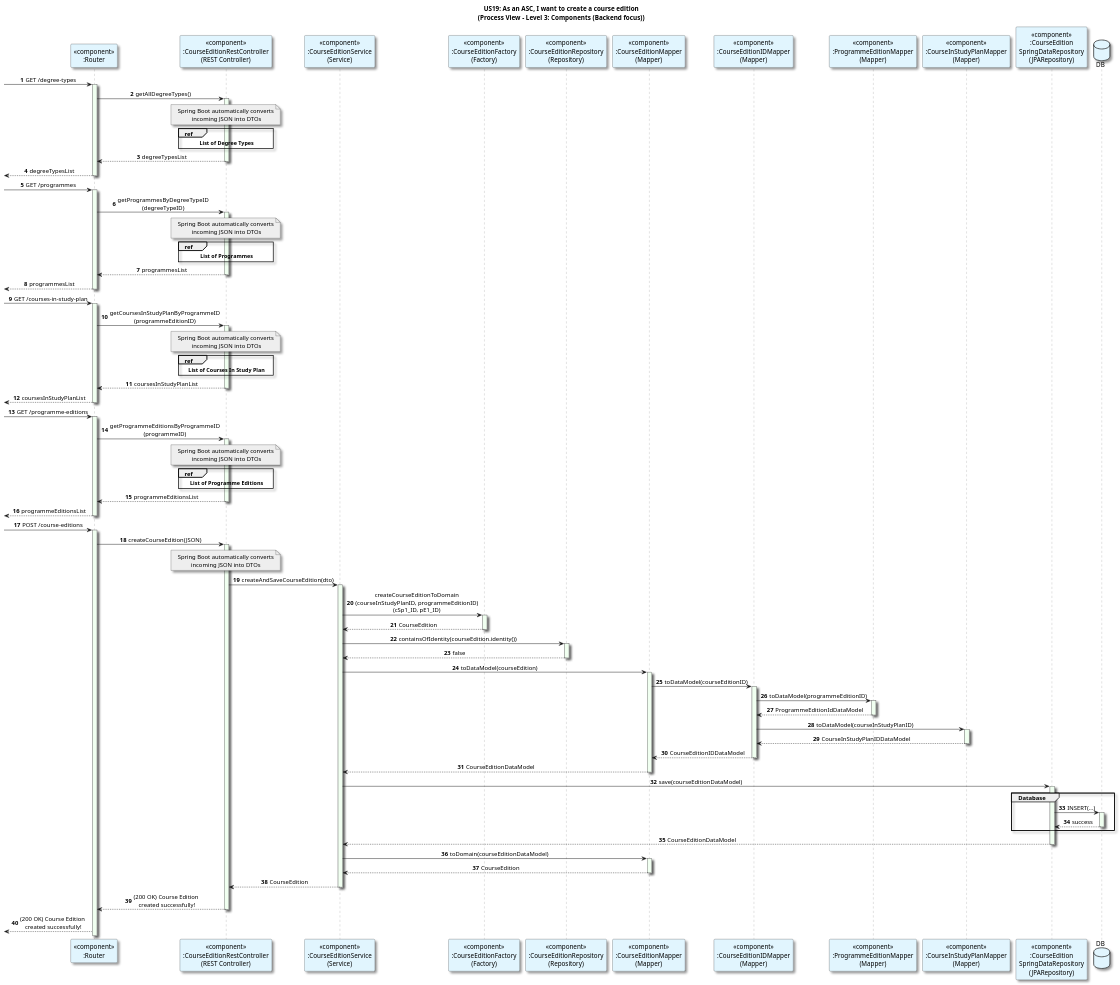
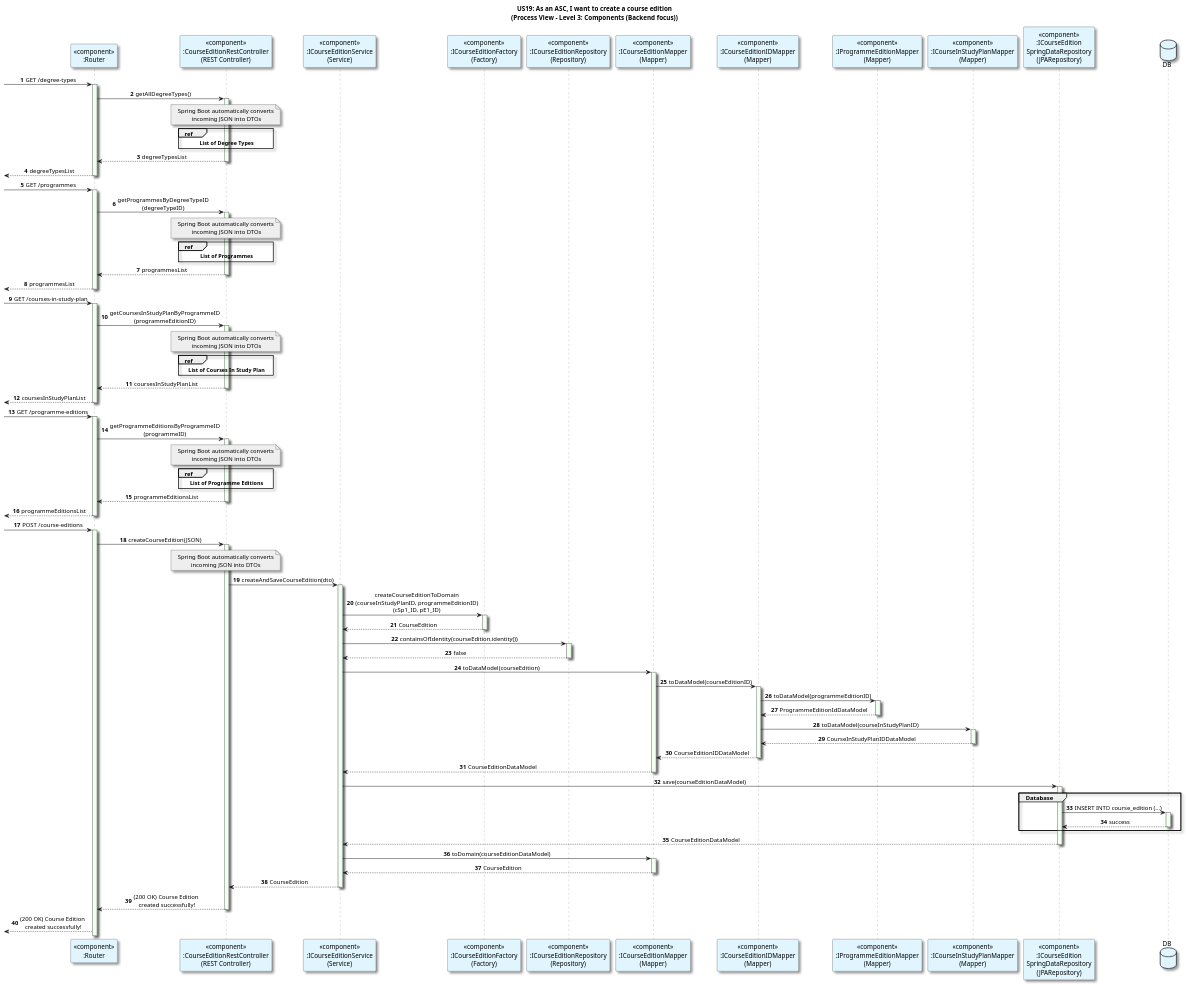
One commit to GasparISEP/DevOps-PAI changed the diagram in docs/US19/Sprint6_RestAPI/ProcessView/CreateCourseEdition_Level3_Backend.puml. Above: the diagram before and after it, drawn with PlantUML. The commit also changed 1 other file, not shown here.

Commit message:
[docs]: Refine level 3 process view diagram for createCourseEdition — use interfaces and improve DB messages (Refs: #536, #549)

```diff
--- a/docs/US19/Sprint6_RestAPI/ProcessView/CreateCourseEdition_Level3_Backend.puml
+++ b/docs/US19/Sprint6_RestAPI/ProcessView/CreateCourseEdition_Level3_Backend.puml
@@ -1,169 +1,169 @@
 @startuml
 title: US19: As an ASC, I want to create a course edition\n(Process View - Level 3: Components (Backend focus))
 autonumber
 
 skinparam {
   ActivityPadding 2
   ActivityMargin 2
   BoxPadding 2
 }
 skinparam sequence {
     LifeLineBorderColor Grey
     LifeLineBackgroundColor HoneyDew
 }
 skinparam defaultTextAlignment center
 skinparam shadowing true
 
 participant "<<component>>\n:Router" as router #E1F5FE
 
 participant "<<component>>\n:CourseEditionRestController\n(REST Controller)" as Controller #E1F5FE
-participant "<<component>>\n:CourseEditionService\n(Service)" as Service #E1F5FE
-participant "<<component>>\n:CourseEditionFactory\n(Factory)" as CourseEditionFactory #E1F5FE
-participant "<<component>>\n:CourseEditionRepository\n(Repository)" as Repository #E1F5FE
-participant "<<component>>\n:CourseEditionMapper\n(Mapper)" as Mapper #E1F5FE
-participant "<<component>>\n:CourseEditionIDMapper\n(Mapper)" as IDMapper #E1F5FE
-participant "<<component>>\n:ProgrammeEditionMapper\n(Mapper)" as PEMapper #E1F5FE
-participant "<<component>>\n:CourseInStudyPlanMapper\n(Mapper)" as CSPMapper #E1F5FE
-participant "<<component>>\n:CourseEdition\nSpringDataRepository\n(JPARepository)" as SpringData #E1F5FE
+participant "<<component>>\n:ICourseEditionService\n(Service)" as Service #E1F5FE
+participant "<<component>>\n:ICourseEditionFactory\n(Factory)" as CourseEditionFactory #E1F5FE
+participant "<<component>>\n:ICourseEditionRepository\n(Repository)" as Repository #E1F5FE
+participant "<<component>>\n:ICourseEditionMapper\n(Mapper)" as Mapper #E1F5FE
+participant "<<component>>\n:ICourseEditionIDMapper\n(Mapper)" as IDMapper #E1F5FE
+participant "<<component>>\n:IProgrammeEditionMapper\n(Mapper)" as PEMapper #E1F5FE
+participant "<<component>>\n:ICourseInStudyPlanMapper\n(Mapper)" as CSPMapper #E1F5FE
+participant "<<component>>\n:ICourseEdition\nSpringDataRepository\n(JPARepository)" as SpringData #E1F5FE
 
 database DB as Database #E1F5FE
 
 -> router: GET /degree-types
 activate router
 router -> Controller: getAllDegreeTypes()
 activate Controller
 note over Controller #EEEEEE
 Spring Boot automatically converts
  incoming JSON into DTOs
 end note
 ref over Controller
    <b>List of Degree Types</b>
 end ref
 Controller --> router: degreeTypesList
 deactivate Controller
 <-- router: degreeTypesList
 deactivate router
 
 -> router: GET /programmes
 activate router
 router -> Controller: getProgrammesByDegreeTypeID\n(degreeTypeID)
 activate Controller
 note over Controller #EEEEEE
 Spring Boot automatically converts
  incoming JSON into DTOs
 end note
 ref over Controller
    <b>List of Programmes</b>
 end ref
 Controller --> router: programmesList
 deactivate Controller
 <-- router: programmesList
 deactivate router
 
 -> router: GET /courses-in-study-plan
 activate router
 router -> Controller: getCoursesInStudyPlanByProgrammeID\n(programmeEditionID)
 activate Controller
 note over Controller #EEEEEE
 Spring Boot automatically converts
  incoming JSON into DTOs
 end note
 ref over Controller
    <b>List of Courses In Study Plan</b>
 end ref
 Controller --> router: coursesInStudyPlanList
 deactivate Controller
 <-- router: coursesInStudyPlanList
 deactivate router
 
 -> router: GET /programme-editions
 activate router
 router -> Controller: getProgrammeEditionsByProgrammeID\n(programmeID)
 activate Controller
 note over Controller #EEEEEE
 Spring Boot automatically converts
  incoming JSON into DTOs
 end note
 ref over Controller
    <b>List of Programme Editions</b>
 end ref
 Controller --> router: programmeEditionsList
 deactivate Controller
 <-- router: programmeEditionsList
 deactivate router
 
 -> router: POST /course-editions
 activate router
 router -> Controller: createCourseEdition(JSON)
 
 activate Controller
 
 note over Controller #EEEEEE
 Spring Boot automatically converts
 incoming JSON into DTOs
 end note
 
 
 
 
 Controller -> Service: createAndSaveCourseEdition(dto)
 activate Service
 
 
 Service -> CourseEditionFactory: createCourseEditionToDomain\n(courseInStudyPlanID, programmeEditionID)\n(cSp1_ID, pE1_ID)
 activate CourseEditionFactory
 CourseEditionFactory --> Service -- : CourseEdition
 Service -> Repository: containsOfIdentity(courseEdition.identity())
 activate Repository
 Repository --> Service: false
 deactivate Repository
 
 
 
 Service -> Mapper : toDataModel(courseEdition)
 activate Mapper
 Mapper -> IDMapper : toDataModel(courseEditionID)
 activate IDMapper
 IDMapper -> PEMapper : toDataModel(programmeEditionID)
 activate PEMapper
 PEMapper --> IDMapper : ProgrammeEditionIdDataModel
 deactivate PEMapper
 IDMapper -> CSPMapper : toDataModel(courseInStudyPlanID)
 activate CSPMapper
 CSPMapper --> IDMapper : CourseInStudyPlanIDDataModel
 deactivate CSPMapper
 IDMapper --> Mapper : CourseEditionIDDataModel
 deactivate
 Mapper --> Service : CourseEditionDataModel
 deactivate
 
 
 
 Service -> SpringData : save(courseEditionDataModel)
 activate SpringData
 
 group Database
-SpringData -> Database: INSERT(...)
+SpringData -> Database: INSERT INTO course_edition (...)
 activate Database
 Database --> SpringData: success
 deactivate Database
 end
 
 
 SpringData --> Service : CourseEditionDataModel
 deactivate
 
 
 Service -> Mapper : toDomain(courseEditionDataModel)
 activate Mapper
 Mapper --> Service : CourseEdition
 deactivate
 
 Service --> Controller : CourseEdition
 deactivate
 
 Controller --> router:  (200 OK) Course Edition\n created successfully!
 deactivate Controller
 
 <-- router:  (200 OK) Course Edition\n created successfully!
 @enduml
```
